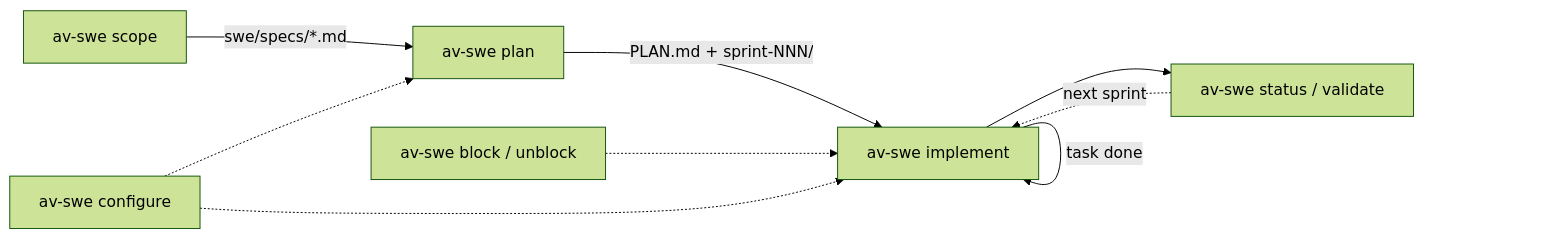
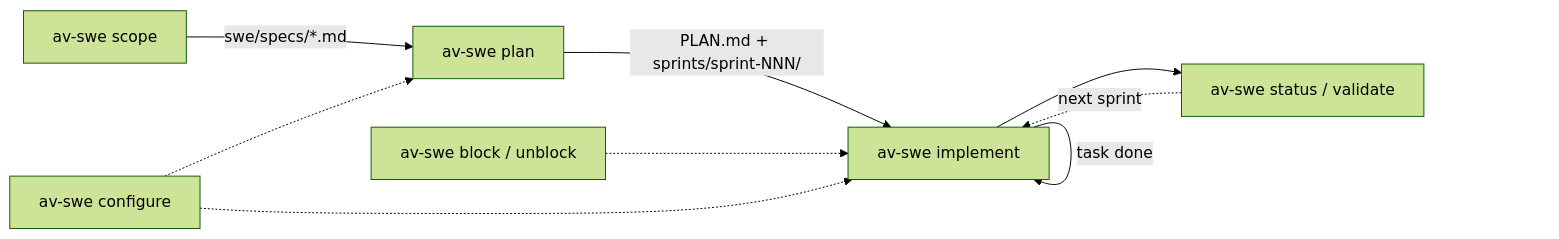
The first of 3 diagrams in README.md (avatsaev/av-swe-skill), drawn with Mermaid (forest theme) before and after one commit. The commit also changed other lines of this file and 11 other files, not shown here.

Commit message:
Docs: move default sprint folders under swe/sprints

````diff
--- a/README.md
+++ b/README.md
@@ -11,11 +11,11 @@
 ```mermaid
 flowchart LR
     A["av-swe scope"] -->|"swe/specs/*.md"| B["av-swe plan"]
-    B -->|"PLAN.md + sprint-NNN/"| C["av-swe implement"]
+    B -->|"PLAN.md + sprints/sprint-NNN/"| C["av-swe implement"]
     C -->|"task done"| C
     C --> D["av-swe status / validate"]
     D -.->|"next sprint"| C
     E["av-swe block / unblock"] -.-> C
     F["av-swe configure"] -.-> B
     F -.-> C
 ```
````
